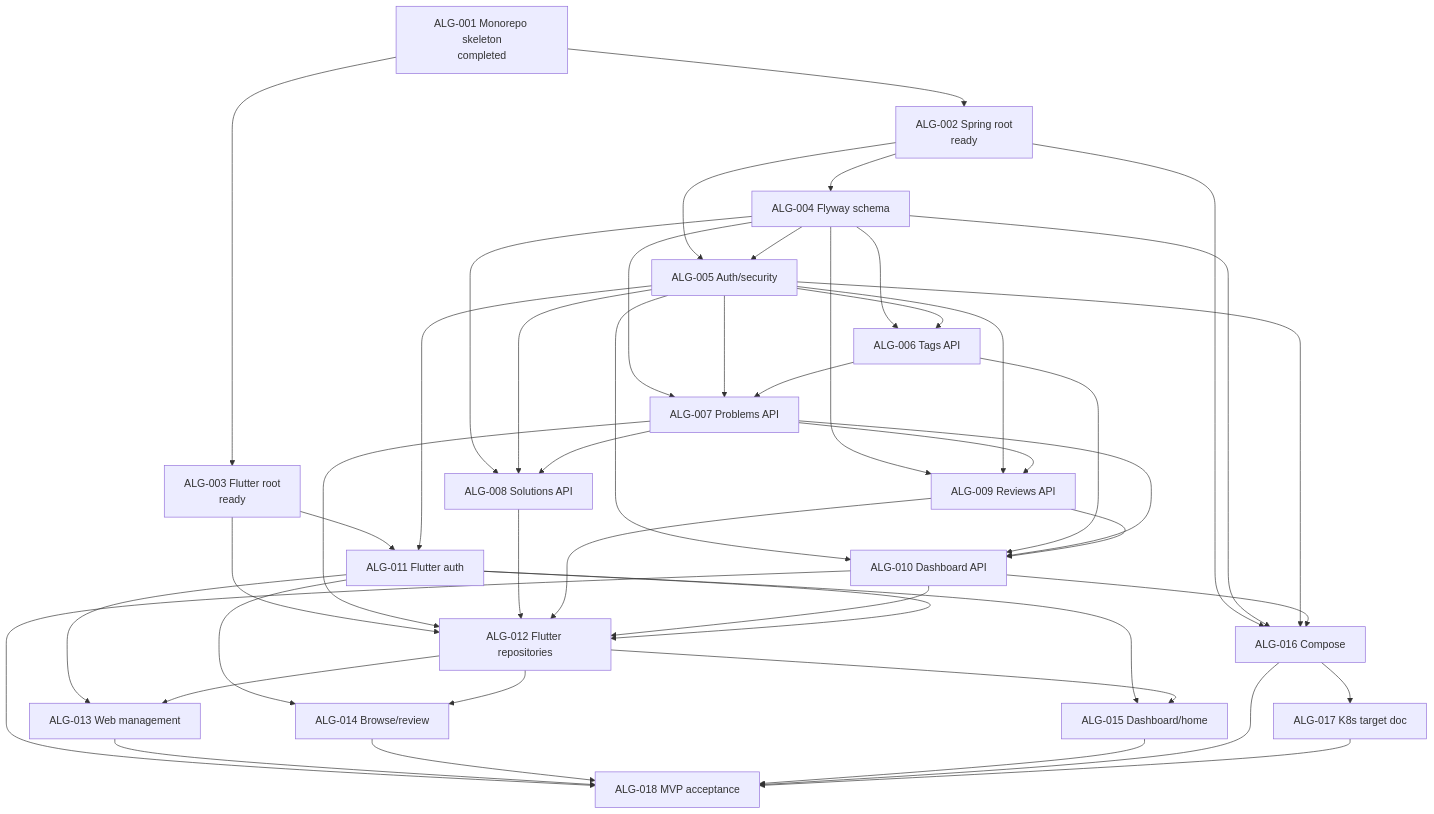
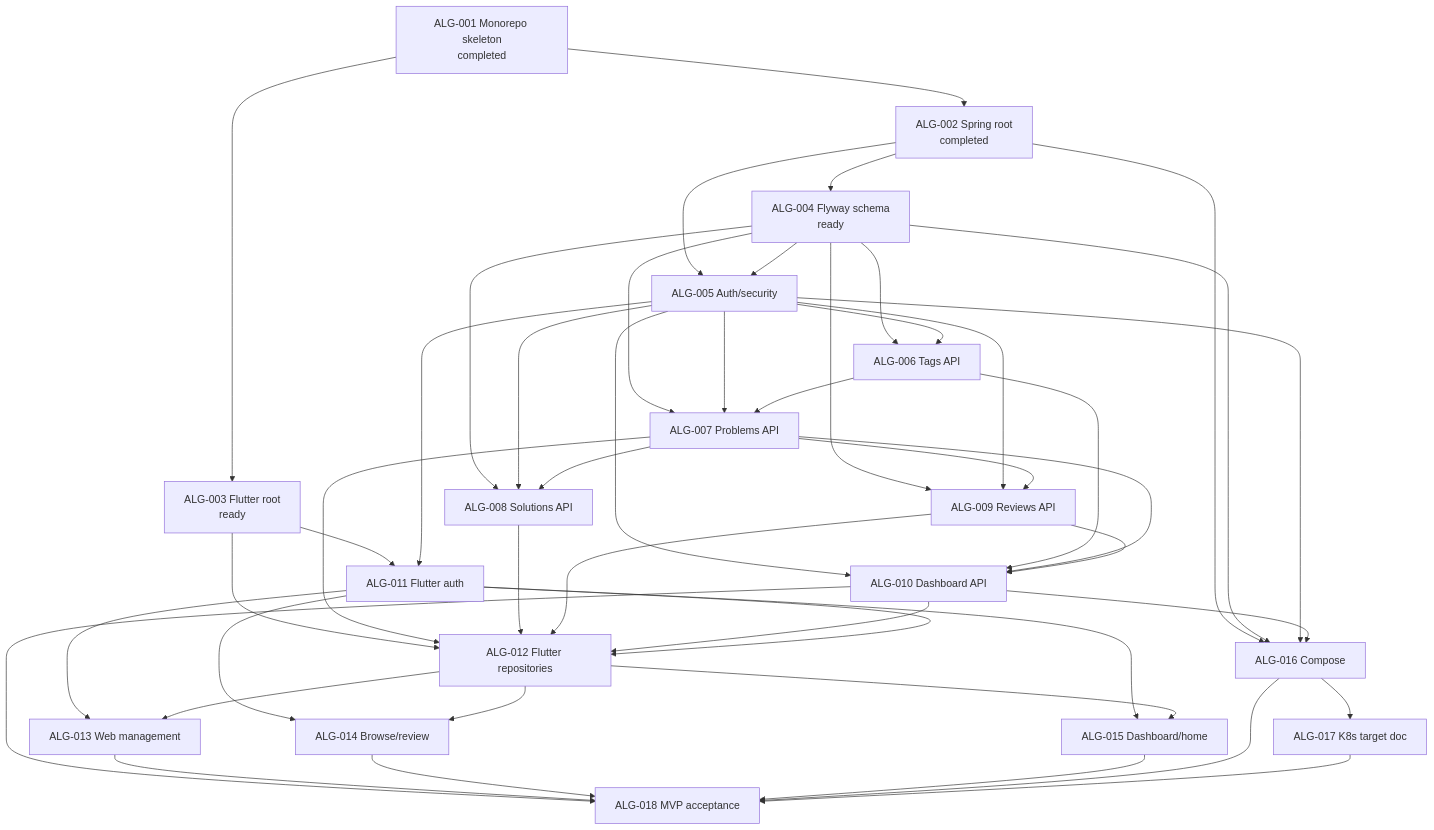
The diagram in agent-workflow/WORK_GRAPH.md (allenljf/algorithm-learning), drawn with Mermaid before and after one commit. The commit also changed 23 other files, not shown here.

````diff
--- a/agent-workflow/WORK_GRAPH.md
+++ b/agent-workflow/WORK_GRAPH.md
@@ -3,67 +3,67 @@
 ```mermaid
 flowchart TD
   T1[ALG-001 Monorepo skeleton\ncompleted]
-  T2[ALG-002 Spring root\nready]
+  T2[ALG-002 Spring root\ncompleted]
   T3[ALG-003 Flutter root\nready]
-  T4[ALG-004 Flyway schema]
+  T4[ALG-004 Flyway schema\nready]
   T5[ALG-005 Auth/security]
   T6[ALG-006 Tags API]
   T7[ALG-007 Problems API]
   T8[ALG-008 Solutions API]
   T9[ALG-009 Reviews API]
   T10[ALG-010 Dashboard API]
   T11[ALG-011 Flutter auth]
   T12[ALG-012 Flutter repositories]
   T13[ALG-013 Web management]
   T14[ALG-014 Browse/review]
   T15[ALG-015 Dashboard/home]
   T16[ALG-016 Compose]
   T17[ALG-017 K8s target doc]
   T18[ALG-018 MVP acceptance]
 
   T1 --> T2
   T1 --> T3
   T2 --> T4
   T2 --> T5
   T4 --> T5
   T4 --> T6
   T5 --> T6
   T4 --> T7
   T5 --> T7
   T6 --> T7
   T4 --> T8
   T5 --> T8
   T7 --> T8
   T4 --> T9
   T5 --> T9
   T7 --> T9
   T5 --> T10
   T6 --> T10
   T7 --> T10
   T9 --> T10
   T3 --> T11
   T5 --> T11
   T3 --> T12
   T7 --> T12
   T8 --> T12
   T9 --> T12
   T10 --> T12
   T11 --> T12
   T11 --> T13
   T12 --> T13
   T11 --> T14
   T12 --> T14
   T11 --> T15
   T12 --> T15
   T2 --> T16
   T4 --> T16
   T5 --> T16
   T10 --> T16
   T16 --> T17
   T10 --> T18
   T13 --> T18
   T14 --> T18
   T15 --> T18
   T16 --> T18
   T17 --> T18
 ```
````
